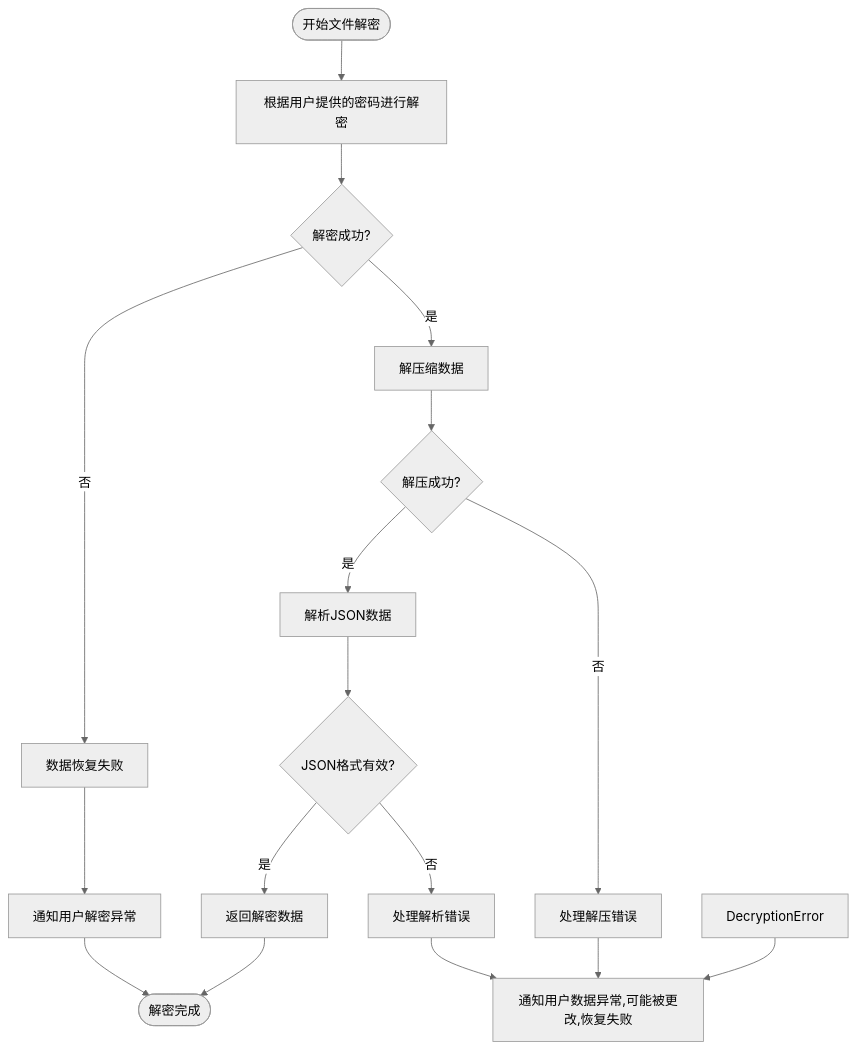
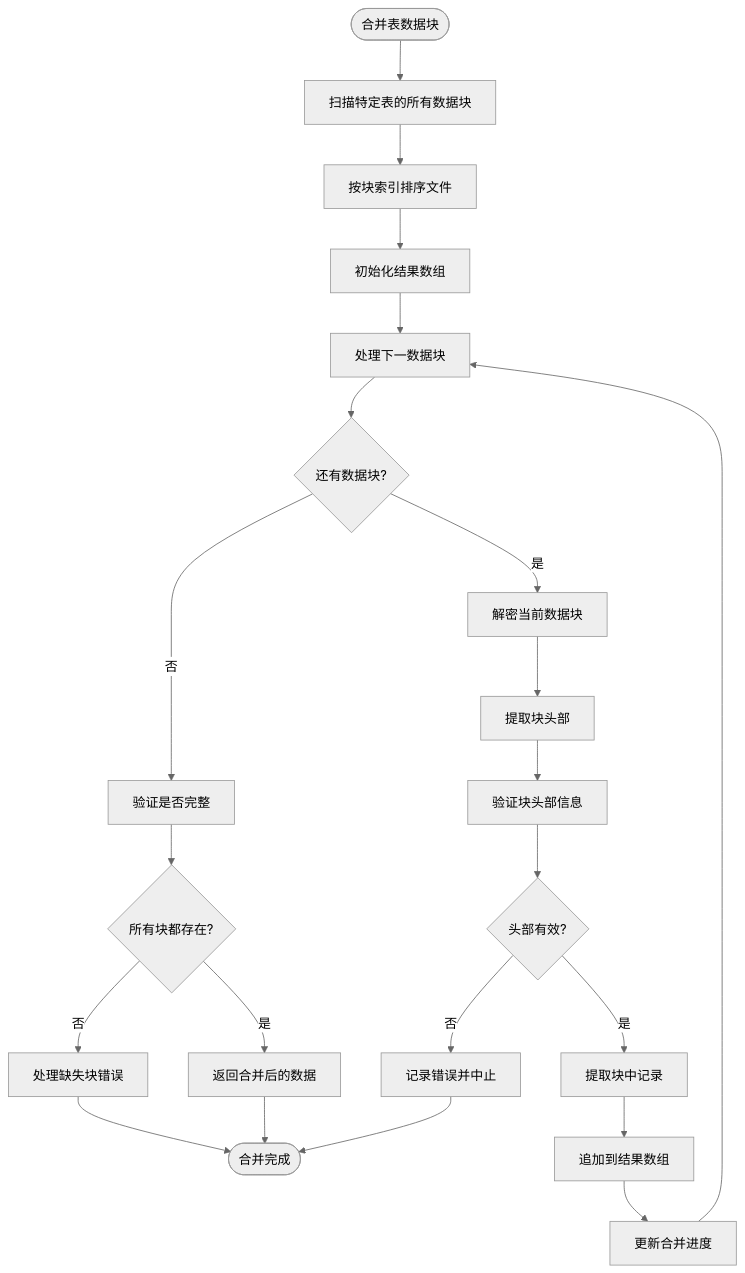
Before and after one commit to yingjianzh/iodraw-files: the diagram in all/未命名-53.md, drawn with Mermaid (neutral theme).

Commit message:
2025-05-09 18:15:55 update

````diff
--- a/all/未命名-53.md
+++ b/all/未命名-53.md
@@ -1,25 +1,31 @@
 ```mermaid
 flowchart TD
-    Start([开始文件解密]) --> ReadFile[根据用户提供的密码进行解密]
-    ReadFile --> DecryptionSuccess{解密成功?}
+    Start([合并表数据块]) --> ScanFiles[扫描特定表的所有数据块]
+    ScanFiles --> SortByIndex[按块索引排序文件]
+    SortByIndex --> InitResults[初始化结果数组]
     
-    DecryptionSuccess -->|否| A[数据恢复失败]
-    DecryptionSuccess -->|是| DecompressData[解压缩数据]
+    InitResults --> ProcessNextChunk[处理下一数据块]
+    ProcessNextChunk --> MoreChunks{还有数据块?}
     
-    DecompressData --> DecompressionSuccess{解压成功?}
-    DecompressionSuccess -->|否| HandleDecompressError[处理解压错误]
-    DecompressionSuccess -->|是| ParseJSON[解析JSON数据]
+    MoreChunks -->|否| ValidateComplete[验证是否完整]
+    MoreChunks -->|是| DecryptChunk[解密当前数据块]
     
-    ParseJSON --> JSONValid{JSON格式有效?}
-    JSONValid -->|否| HandleParseError[处理解析错误]
-    JSONValid -->|是| ReturnDecryptedData[返回解密数据]
+    DecryptChunk --> ExtractHeader[提取块头部]
+    ExtractHeader --> ValidateHeader[验证块头部信息]
     
-    ReturnDecryptedData --> End([解密完成])
+    ValidateHeader --> HeaderValid{头部有效?}
+    HeaderValid -->|否| HandleHeaderError[记录错误并中止]
+    HeaderValid -->|是| ExtractChunkRecords[提取块中记录]
     
-    DecryptionError --> LogError[通知用户数据异常,可能被更改,恢复失败]
-    HandleDecompressError --> LogError
-    HandleParseError --> LogError
+    ExtractChunkRecords --> AppendToResults[追加到结果数组]
+    AppendToResults --> UpdateProgress[更新合并进度]
+    UpdateProgress --> ProcessNextChunk
     
-    A --> ThrowException[通知用户解密异常]
-    ThrowException --> End
+    ValidateComplete --> AllBlocksPresent{所有块都存在?}
+    AllBlocksPresent -->|否| HandleMissingBlocks[处理缺失块错误]
+    AllBlocksPresent -->|是| ReturnMergedData[返回合并后的数据]
+    
+    ReturnMergedData --> End([合并完成])
+    HandleHeaderError --> End
+    HandleMissingBlocks --> End
 ```
````
